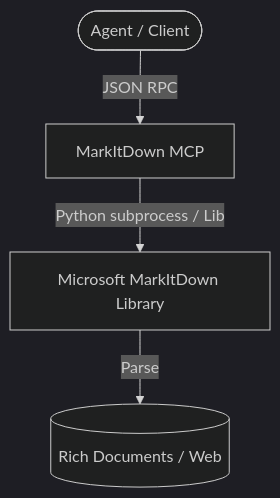
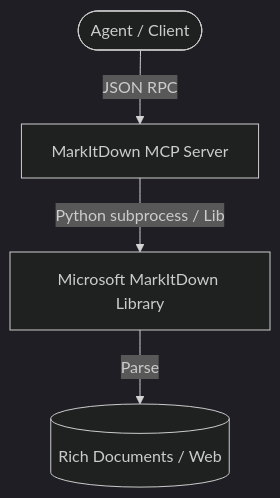
Before and after one commit to rauseoj89/Agy-MCP: the diagram in mcp-blueprints/markitdown-mcp/BLUEPRINT.md, drawn with Mermaid (dark theme). The commit also changed other lines of this file and 14 other files, not shown here.

Commit message:
fix(mcp-bp): replace nonexistent packages, standardize schemas, and retire nas-tools

````diff
--- a/mcp-blueprints/markitdown-mcp/BLUEPRINT.md
+++ b/mcp-blueprints/markitdown-mcp/BLUEPRINT.md
@@ -9,6 +9,6 @@
 ```mermaid
 graph TD
-    Agent([Agent / Client]) -->|JSON RPC| MCP[MarkItDown MCP]
+    Agent([Agent / Client]) -->|JSON RPC| MCP[MarkItDown MCP Server]
     MCP -->|Python subprocess / Lib| MID[Microsoft MarkItDown Library]
     MID -->|Parse| Doc[(Rich Documents / Web)]
 ```
````
